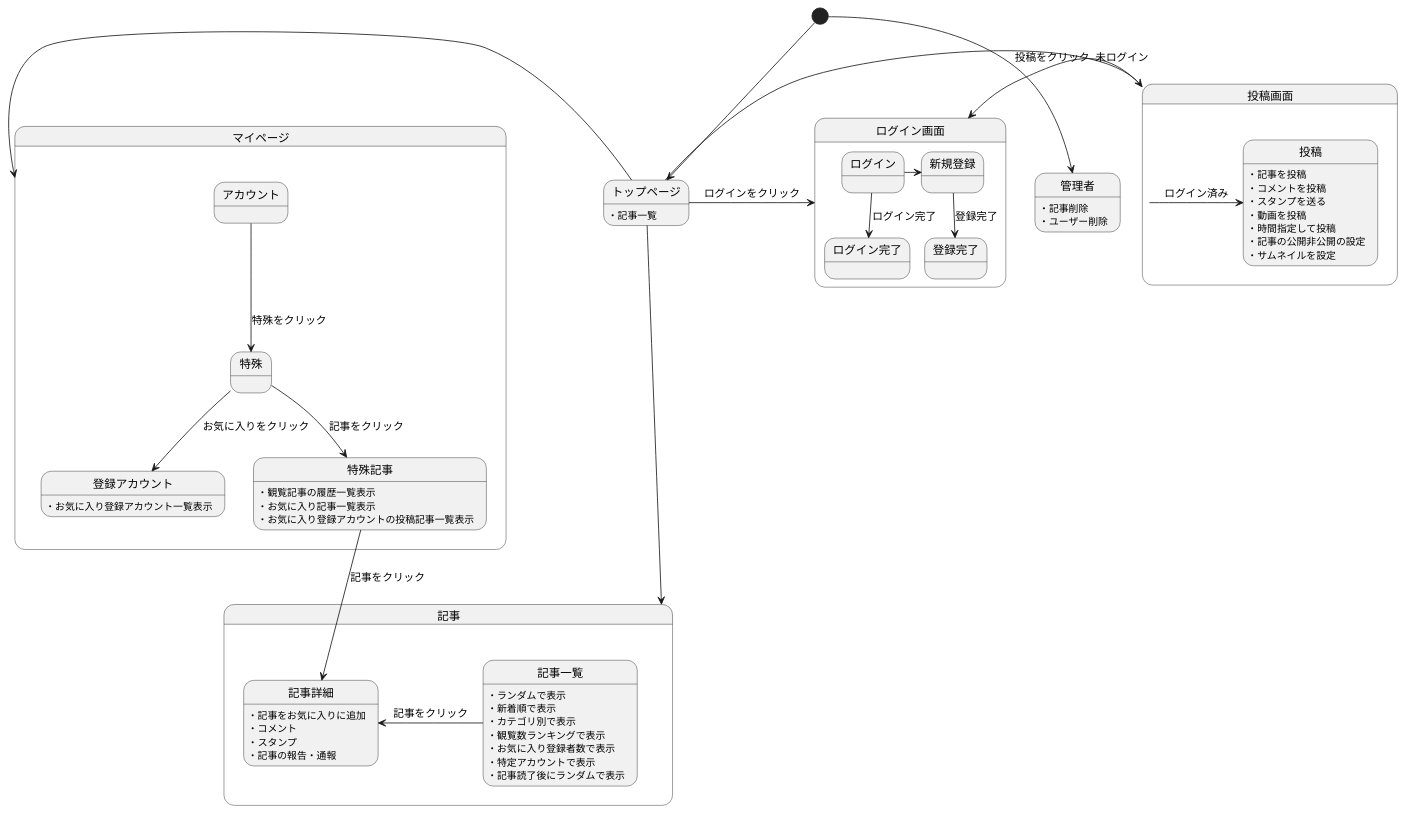
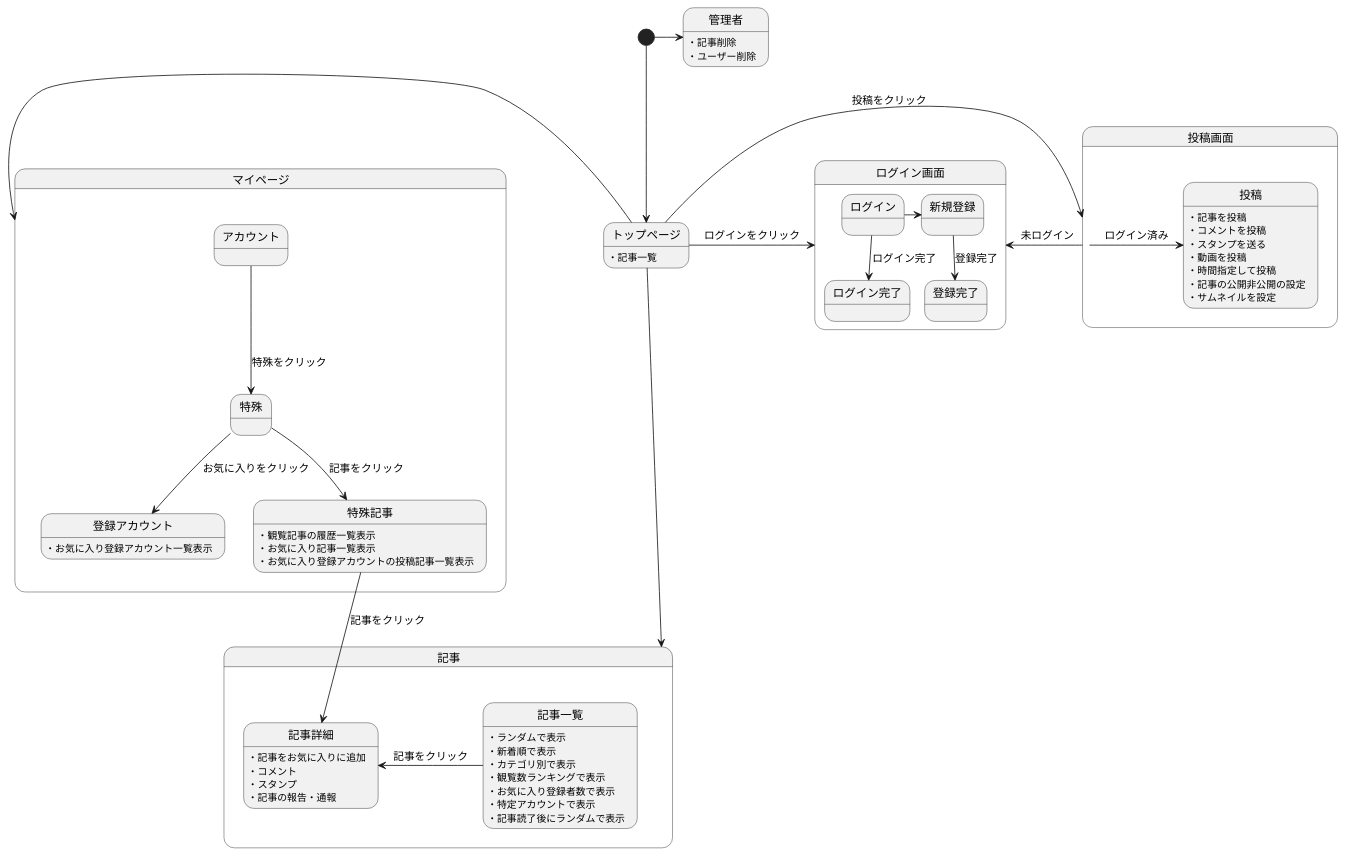
One commit to Aso2001001/2022System changed the diagram in 後期画面遷移.md. Above: the diagram before and after it, drawn with PlantUML.

````diff
--- a/後期画面遷移.md
+++ b/後期画面遷移.md
@@ -1,73 +1,73 @@
 ```uml
 @startuml
 [*] --> トップページ
 
 
 トップページ -down-> 記事
 トップページ -left-> マイページ
 トップページ -> 投稿画面 : 投稿をクリック
 
 トップページ:・記事一覧
 
 トップページ -> ログイン画面 : ログインをクリック
 
 
 state ログイン画面{
 ログイン -> 新規登録
 ログイン -down-> ログイン完了 : ログイン完了
 新規登録 -down-> 登録完了 : 登録完了
 }
 
 state 記事{
 記事一覧 -left-> 記事詳細 : 記事をクリック
 
 記事一覧:・ランダムで表示
 記事一覧:・新着順で表示
 記事一覧:・カテゴリ別で表示
 記事一覧:・観覧数ランキングで表示
 記事一覧:・お気に入り登録者数で表示
 記事一覧:・特定アカウントで表示
 記事一覧:・記事読了後にランダムで表示
 
 記事詳細:・記事をお気に入りに追加
 記事詳細:・コメント
 記事詳細:・スタンプ
 記事詳細:・記事の報告・通報
 
 }
 
 state 投稿画面{
 投稿画面 -> 投稿 : ログイン済み
 投稿画面 -> ログイン画面 : 未ログイン
 投稿:・記事を投稿
 投稿:・コメントを投稿
 投稿:・スタンプを送る
 投稿:・動画を投稿
 投稿:・時間指定して投稿
 投稿:・記事の公開非公開の設定
 投稿:・サムネイルを設定
 
 }
 
 state マイページ{
 
 アカウント -down-> 特殊 : 特殊をクリック
 特殊 -down-> 登録アカウント :お気に入りをクリック
 特殊 -down-> 特殊記事 :記事をクリック
 特殊記事 -down-> 記事詳細 :記事をクリック
 
 特殊記事:・観覧記事の履歴一覧表示
 特殊記事:・お気に入り記事一覧表示
 登録アカウント:・お気に入り登録アカウント一覧表示
 特殊記事:・お気に入り登録アカウントの投稿記事一覧表示
 
 }
 
 
-[*] --> 管理者
+[*] -right-> 管理者
 管理者:・記事削除
 管理者:・ユーザー削除
 
 
 @enduml
 ```
````
